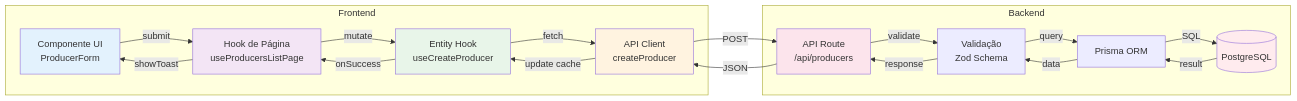
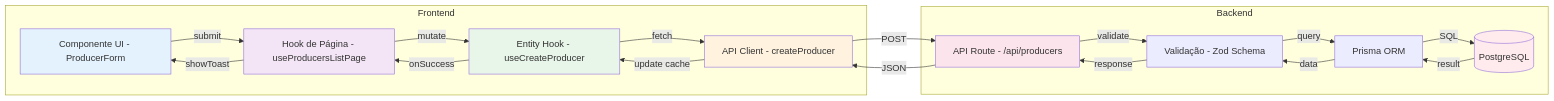
One commit to Fioravante1/brain-agriculture changed the third of 14 diagrams in docs/diagrams.md. Above: the diagram before and after it, drawn with Mermaid. The commit also changed other lines of this file, not shown here.

First line of the commit message:
refactor(docs): atualiza formatação de diagramas no markdown

````diff
--- a/docs/diagrams.md
+++ b/docs/diagrams.md
@@ -165,39 +152,39 @@
 ```mermaid
 graph LR
     subgraph "Frontend"
-        UI[Componente UI<br/>ProducerForm]
-        HOOK[Hook de Página<br/>useProducersListPage]
-        ENTITY[Entity Hook<br/>useCreateProducer]
-        API[API Client<br/>createProducer]
+        UI[Componente UI - ProducerForm]
+        HOOK[Hook de Página - useProducersListPage]
+        ENTITY[Entity Hook - useCreateProducer]
+        API[API Client - createProducer]
     end
 
     subgraph "Backend"
-        ROUTE[API Route<br/>/api/producers]
-        VALID[Validação<br/>Zod Schema]
+        ROUTE[API Route - /api/producers]
+        VALID[Validação - Zod Schema]
         PRISMA[Prisma ORM]
         DB[(PostgreSQL)]
     end
 
     UI -->|submit| HOOK
     HOOK -->|mutate| ENTITY
     ENTITY -->|fetch| API
     API -->|POST| ROUTE
     ROUTE -->|validate| VALID
     VALID -->|query| PRISMA
     PRISMA -->|SQL| DB
 
     DB -->|result| PRISMA
     PRISMA -->|data| VALID
     VALID -->|response| ROUTE
     ROUTE -->|JSON| API
     API -->|update cache| ENTITY
     ENTITY -->|onSuccess| HOOK
     HOOK -->|showToast| UI
 
     style UI fill:#e3f2fd
     style HOOK fill:#f3e5f5
     style ENTITY fill:#e8f5e9
     style API fill:#fff3e0
     style ROUTE fill:#fce4ec
     style DB fill:#ffebee
 ```
````
